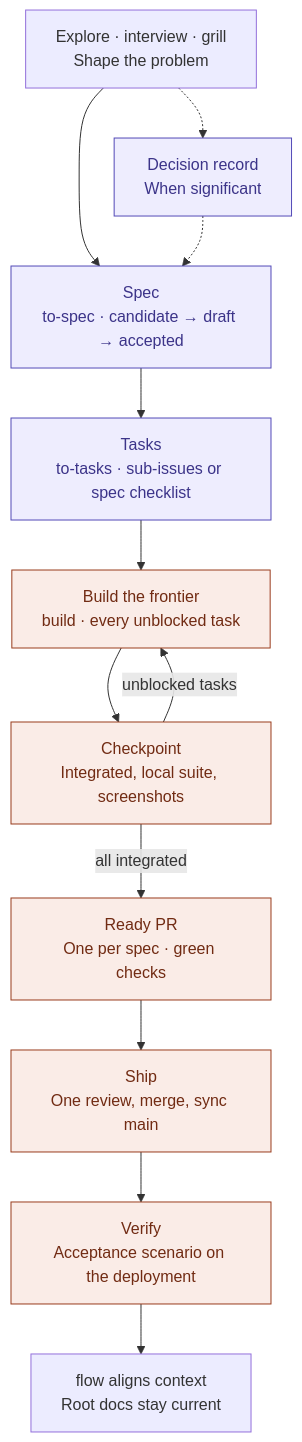
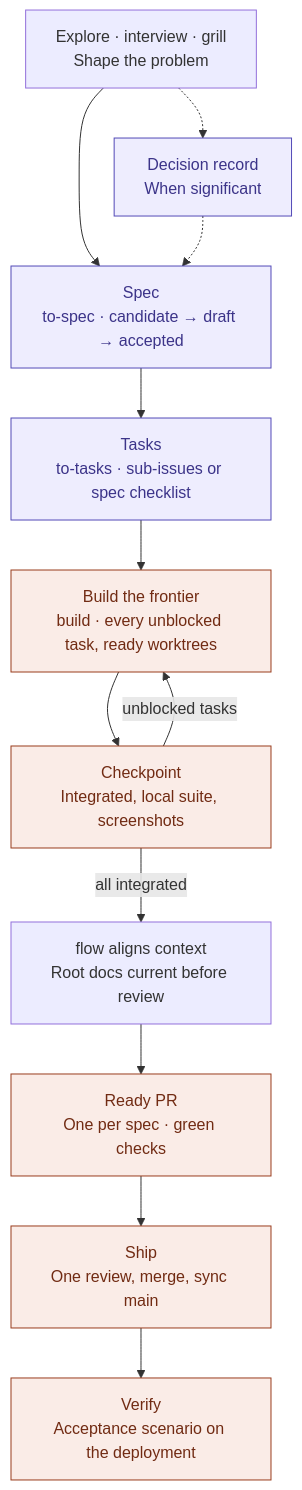
One commit to gaboesquivel/flow-skills changed the second of 2 diagrams in README.md. Above: the diagram before and after it, drawn with Mermaid. The commit also changed 22 other files, not shown here.

First line of the commit message:
feat: clean baseline and ready worktrees (spec 026) (#132)

````diff
--- a/README.md
+++ b/README.md
@@ -87,23 +87,23 @@
 ```mermaid
 flowchart TB
   explore["Explore · interview · grill<br/>Shape the problem"]
   decision["Decision record<br/>When significant"]
   spec["Spec<br/>to-spec · candidate → draft → accepted"]
   tasks["Tasks<br/>to-tasks · sub-issues or spec checklist"]
-  frontier["Build the frontier<br/>build · every unblocked task"]
+  frontier["Build the frontier<br/>build · every unblocked task, ready worktrees"]
   checkpoint["Checkpoint<br/>Integrated, local suite, screenshots"]
   ready["Ready PR<br/>One per spec · green checks"]
   land["Ship<br/>One review, merge, sync main"]
   verify["Verify<br/>Acceptance scenario on the deployment"]
-  align["flow aligns context<br/>Root docs stay current"]
+  align["flow aligns context<br/>Root docs current before review"]
   explore --> spec
   explore -.-> decision
   decision -.-> spec
   spec --> tasks --> frontier --> checkpoint
   checkpoint -- unblocked tasks --> frontier
-  checkpoint -- all integrated --> ready --> land --> verify --> align
+  checkpoint -- all integrated --> align --> ready --> land --> verify
   classDef doc fill:#EEEDFE,stroke:#534AB7,color:#3C3489
   classDef run fill:#FAECE7,stroke:#993C1D,color:#712B13
   class decision,spec,tasks doc
   class frontier,checkpoint,ready,land,verify run
 ```
````
